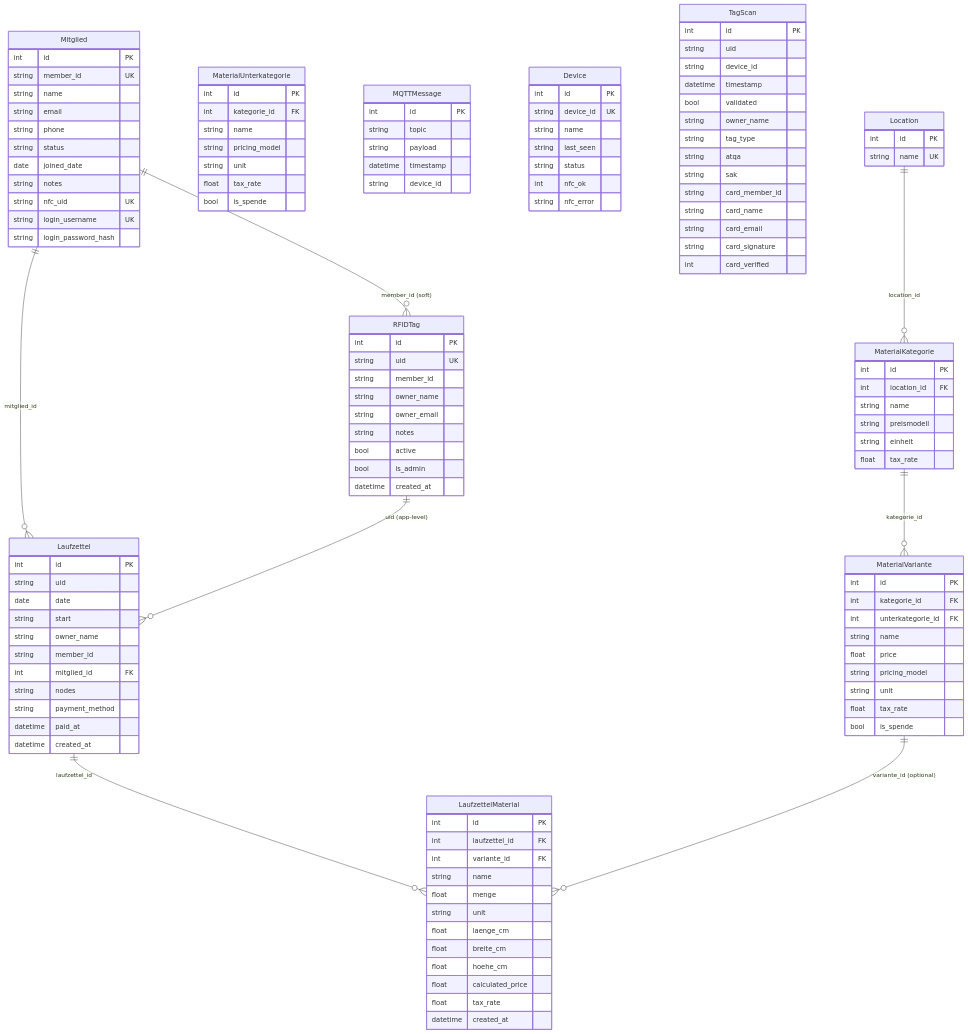
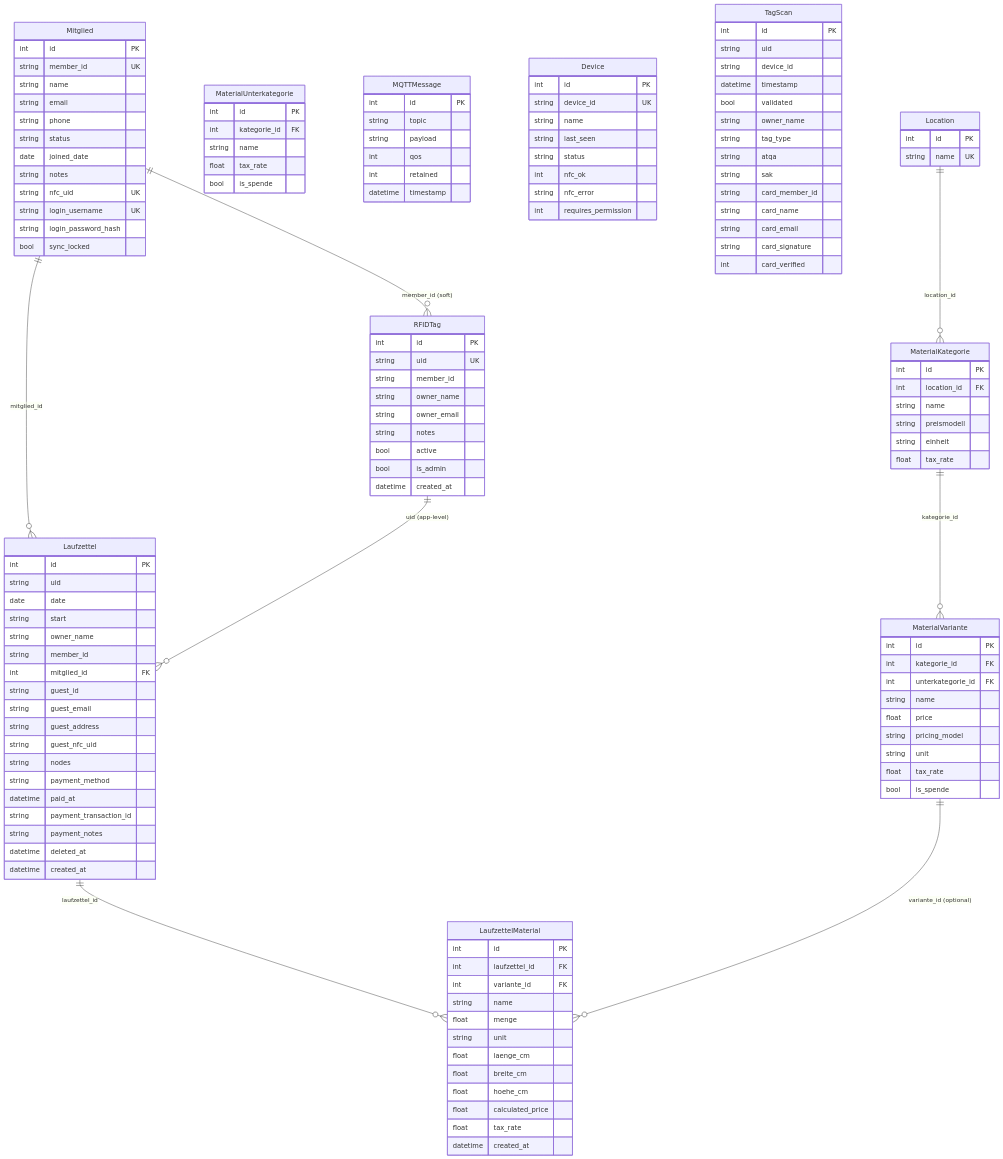
One commit to AlexErlewein/MakerPi_GroundControl changed the first of 2 diagrams in docs/07-database-model.en.md. Above: the diagram before and after it, drawn with Mermaid. The commit also changed other lines of this file and 30 other files, not shown here.

```diff
--- a/docs/07-database-model.en.md
+++ b/docs/07-database-model.en.md
@@ -57,9 +62,16 @@
         string owner_name
         string member_id
         int mitglied_id FK
+        string guest_id
+        string guest_email
+        string guest_address
+        string guest_nfc_uid
         string nodes
         string payment_method
         datetime paid_at
+        string payment_transaction_id
+        string payment_notes
+        datetime deleted_at
         datetime created_at
     }
     LaufzettelMaterial {
@@ -92,8 +104,6 @@
         int id PK
         int kategorie_id FK
         string name
-        string pricing_model
-        string unit
         float tax_rate
         bool is_spende
     }
@@ -112,8 +122,9 @@
         int id PK
         string topic
         string payload
+        int qos
+        int retained
         datetime timestamp
-        string device_id
     }
     Device {
         int id PK
@@ -123,6 +134,7 @@
         string status
         int nfc_ok
         string nfc_error
+        int requires_permission
     }
     TagScan {
         int id PK
@@ -152,6 +164,7 @@
         string nfc_uid UK
         string login_username UK
         string login_password_hash
+        bool sync_locked
     }
 
     Mitglied ||--o{ RFIDTag : "member_id (soft)"
```
